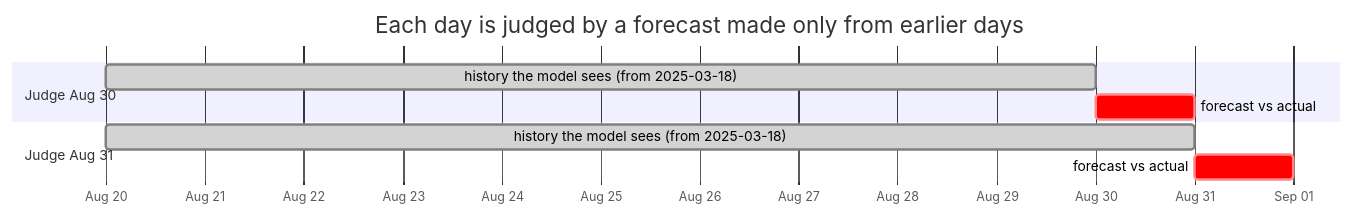
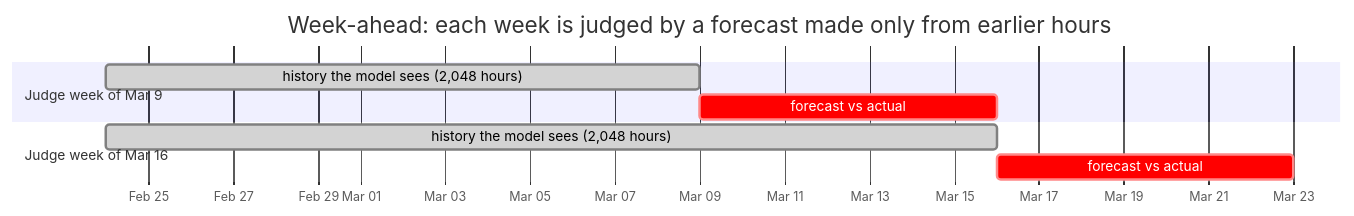
The fourth of 5 diagrams in README.md (mourjo/zero-shot-forecasting), drawn with Mermaid before and after one commit. The commit also changed other lines of this file, not shown here.

````diff
--- a/README.md
+++ b/README.md
@@ -227,12 +324,12 @@
 ```mermaid
 gantt
-    title Each day is judged by a forecast made only from earlier days
+    title Week-ahead: each week is judged by a forecast made only from earlier hours
     dateFormat YYYY-MM-DD
     axisFormat %b %d
-    section Judge Aug 30
-    history the model sees (from 2025-03-18) :done, 2026-08-20, 2026-08-30
-    forecast vs actual                      :crit, 2026-08-30, 1d
-    section Judge Aug 31
-    history the model sees (from 2025-03-18) :done, 2026-08-20, 2026-08-31
-    forecast vs actual                      :crit, 2026-08-31, 1d
+    section Judge week of Mar 9
+    history the model sees (2,048 hours) :done, 2020-02-24, 2020-03-09
+    forecast vs actual                   :crit, 2020-03-09, 7d
+    section Judge week of Mar 16
+    history the model sees (2,048 hours) :done, 2020-02-24, 2020-03-16
+    forecast vs actual                   :crit, 2020-03-16, 7d
 ```
````
